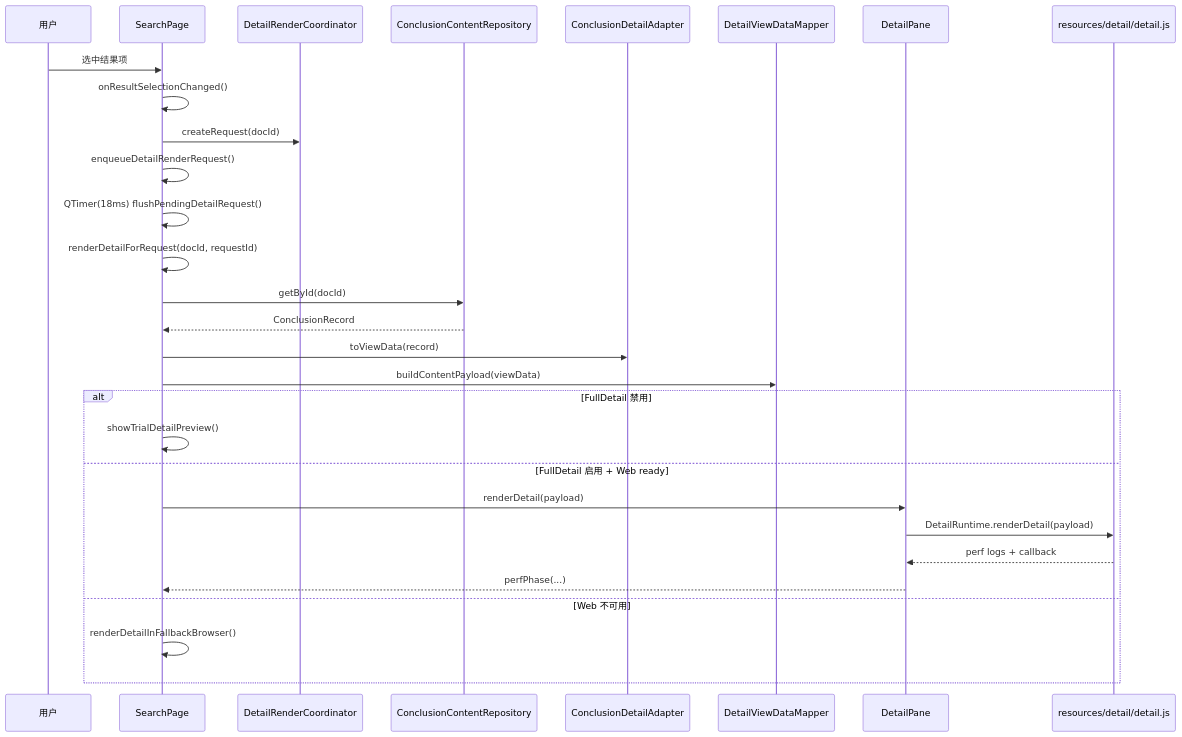
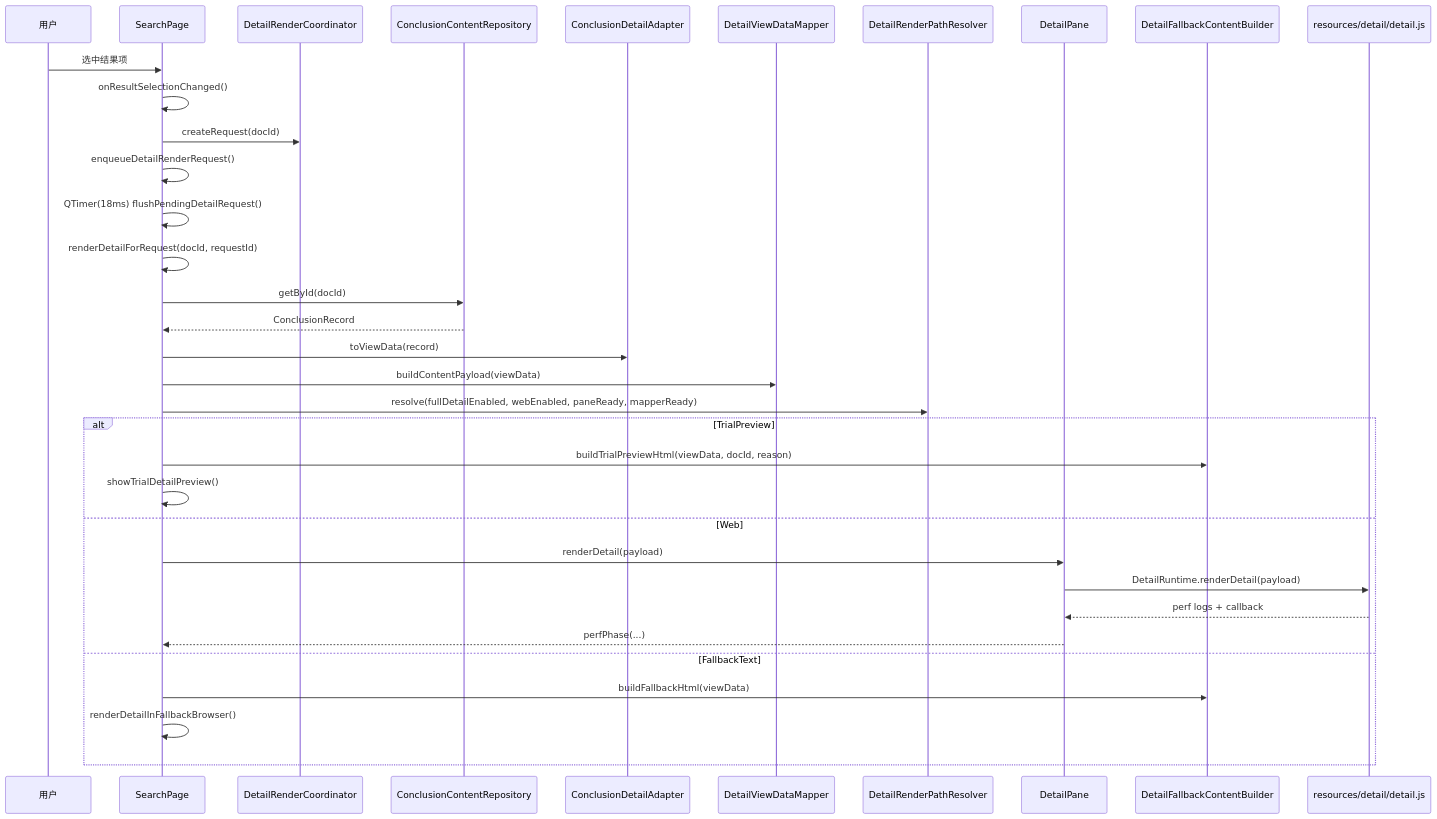
One commit to yfchenggithub/math_search_win changed the fourth of 9 diagrams in docs/runtime_flow.md. Above: the diagram before and after it, drawn with Mermaid. The commit also changed other lines of this file and 11 other files, not shown here.

````diff
--- a/docs/runtime_flow.md
+++ b/docs/runtime_flow.md
@@ -111,32 +112,37 @@
 ```mermaid
 sequenceDiagram
   participant U as 用户
   participant SP as SearchPage
   participant DRC as DetailRenderCoordinator
   participant CR as ConclusionContentRepository
   participant DA as ConclusionDetailAdapter
   participant M as DetailViewDataMapper
+  participant DRP as DetailRenderPathResolver
   participant DP as DetailPane
+  participant FB as DetailFallbackContentBuilder
   participant JS as resources/detail/detail.js
 
   U->>SP: 选中结果项
   SP->>SP: onResultSelectionChanged()
   SP->>DRC: createRequest(docId)
   SP->>SP: enqueueDetailRenderRequest()
   SP->>SP: QTimer(18ms) flushPendingDetailRequest()
   SP->>SP: renderDetailForRequest(docId, requestId)
   SP->>CR: getById(docId)
   CR-->>SP: ConclusionRecord
   SP->>DA: toViewData(record)
   SP->>M: buildContentPayload(viewData)
-  alt FullDetail 禁用
+  SP->>DRP: resolve(fullDetailEnabled, webEnabled, paneReady, mapperReady)
+  alt TrialPreview
+    SP->>FB: buildTrialPreviewHtml(viewData, docId, reason)
     SP->>SP: showTrialDetailPreview()
-  else FullDetail 启用 + Web ready
+  else Web
     SP->>DP: renderDetail(payload)
     DP->>JS: DetailRuntime.renderDetail(payload)
     JS-->>DP: perf logs + callback
     DP-->>SP: perfPhase(...)
-  else Web 不可用
+  else FallbackText
+    SP->>FB: buildFallbackHtml(viewData)
     SP->>SP: renderDetailInFallbackBrowser()
   end
 ```
````
